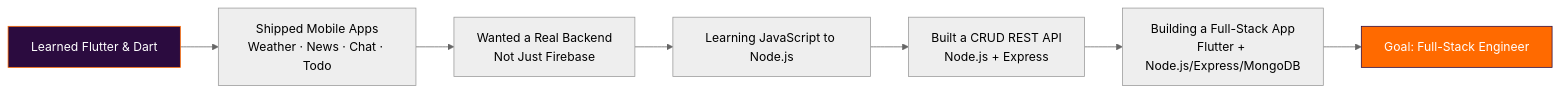
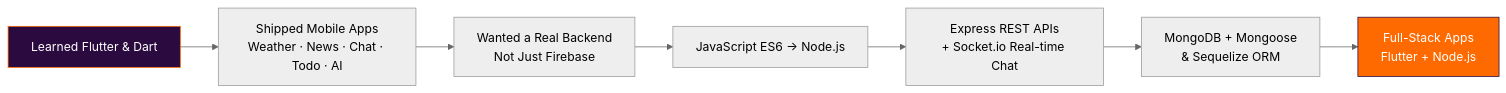
One commit to Mohamed20186/Mohamed20186 changed the diagram in README.md. Above: the diagram before and after it, drawn with Mermaid (neutral theme). The commit also changed other lines of this file, not shown here.

````diff
--- a/README.md
+++ b/README.md
@@ -30,11 +60,11 @@
 ```mermaid
 graph LR
-    A[Learned Flutter & Dart] --> B[Shipped Mobile Apps<br/>Weather · News · Chat · Todo]
+    A[Learned Flutter & Dart] --> B[Shipped Mobile Apps<br/>Weather · News · Chat · Todo · AI]
     B --> C[Wanted a Real Backend<br/>Not Just Firebase]
-    C --> D[Learning JavaScript to Node.js]
-    D --> E[Built a CRUD REST API<br/>Node.js + Express]
-    E --> F[Building a Full-Stack App<br/>Flutter + Node.js/Express/MongoDB]
-    F --> G[Goal: Full-Stack Engineer]
+    C --> D[JavaScript ES6 → Node.js]
+    D --> E[Express REST APIs<br/>+ Socket.io Real-time Chat]
+    E --> F[MongoDB + Mongoose<br/>& Sequelize ORM]
+    F --> G[Full-Stack Apps<br/>Flutter + Node.js]
     style A fill:#2b0b3f,stroke:#ff6a00,color:#fff
     style G fill:#ff6a00,stroke:#2b0b3f,color:#fff
 ```
````
